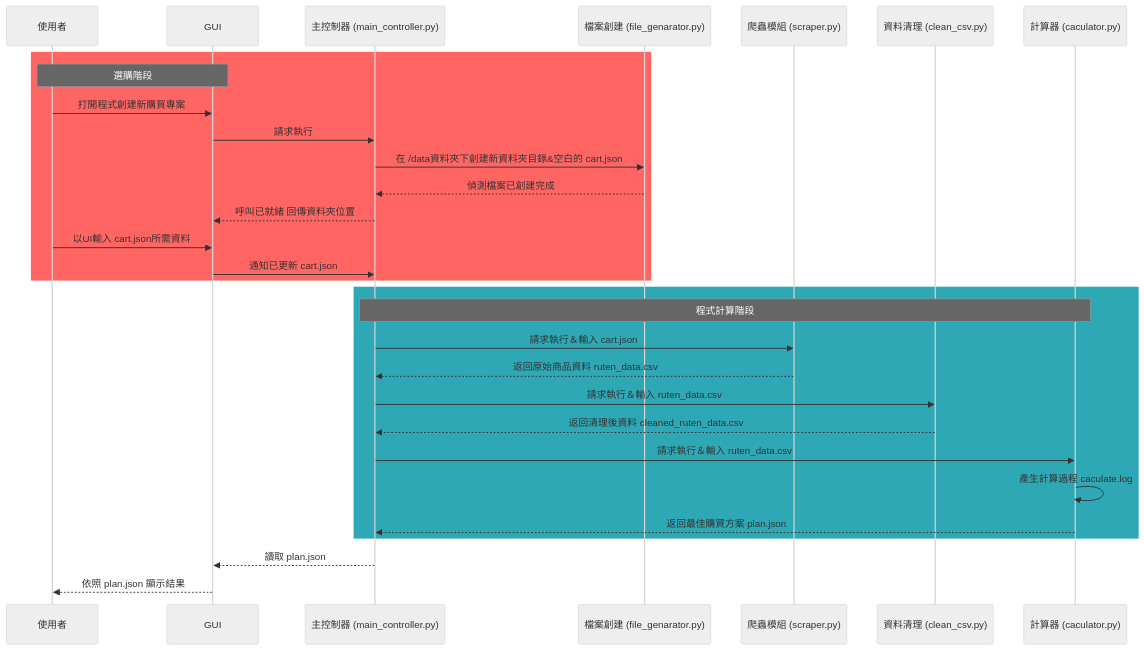
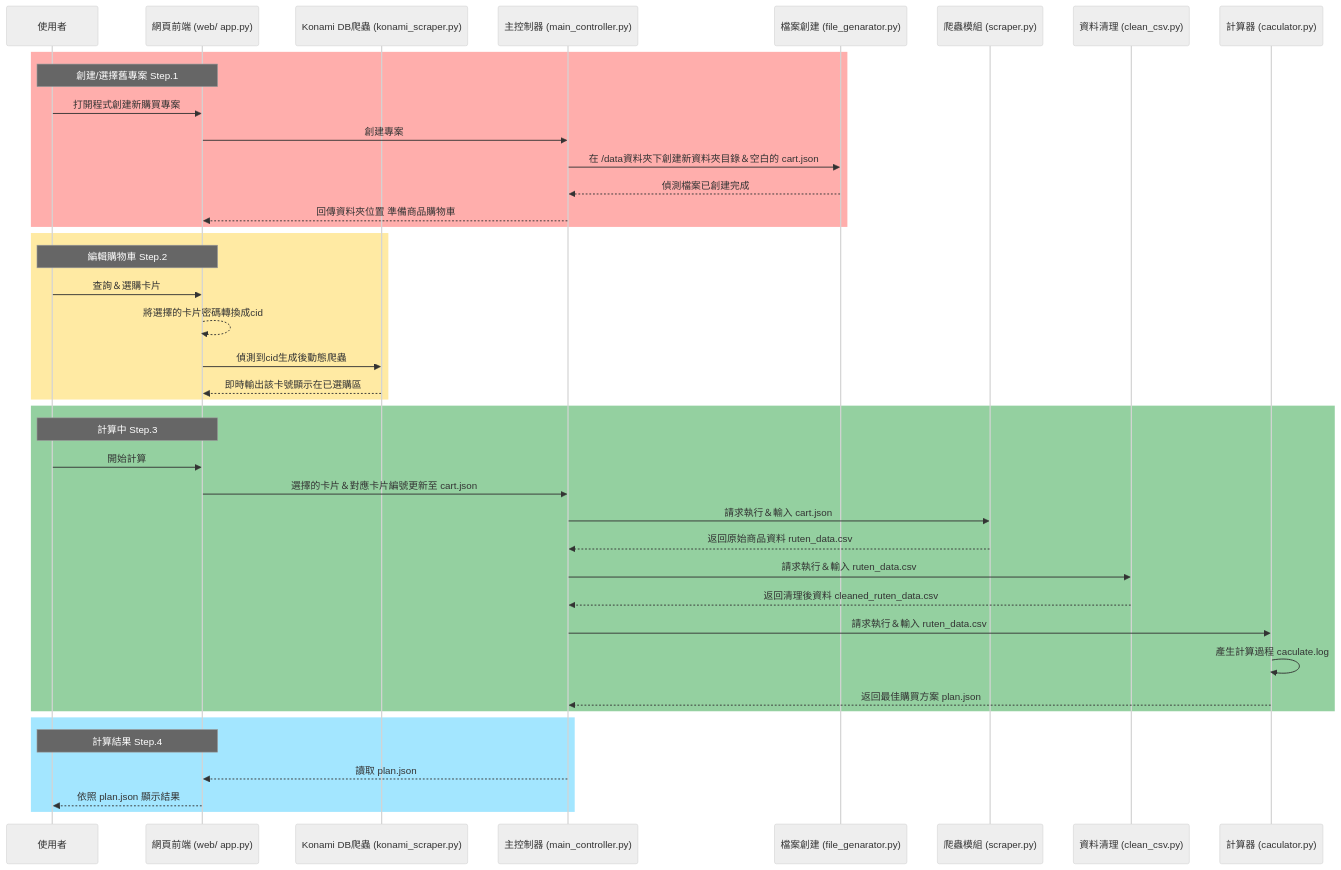
One commit to YuCMochi/YGOscraper changed the first of 2 diagrams in README.md. Above: the diagram before and after it, drawn with Mermaid (neutral theme). The commit also changed other lines of this file, not shown here.

Commit message:
Redefine function names related to Card IDs

````diff
--- a/README.md
+++ b/README.md
@@ -3,40 +3,52 @@
 ```mermaid
 sequenceDiagram
     participant 使用者
-    participant GUI
+    participant 網頁前端 (web/ app.py)
+    participant Konami DB爬蟲 (konami_scraper.py)
     participant 主控制器 (main_controller.py)
     participant 檔案創建 (file_genarator.py)
     participant 爬蟲模組 (scraper.py)
     participant 資料清理 (clean_csv.py)
     participant 計算器 (caculator.py)
 
-    rect rgb(255, 102, 99)
-    note over 使用者,GUI: 選購階段
+    rect rgba(255, 102, 99, 0.53)
+    note over 使用者,網頁前端 (web/ app.py): 創建/選擇舊專案 Step.1
+    使用者->>網頁前端 (web/ app.py): 打開程式創建新購買專案
+    網頁前端 (web/ app.py)->>主控制器 (main_controller.py):創建專案
 
-    使用者->>GUI: 打開程式創建新購買專案
-    GUI->>主控制器 (main_controller.py):請求執行 
-
-    主控制器 (main_controller.py)->>檔案創建 (file_genarator.py): 在 /data資料夾下創建新資料夾目錄&空白的 cart.json
+    主控制器 (main_controller.py)->>檔案創建 (file_genarator.py): 在 /data資料夾下創建新資料夾目錄＆空白的 cart.json
     檔案創建 (file_genarator.py)-->>主控制器 (main_controller.py): 偵測檔案已創建完成
-    主控制器 (main_controller.py)-->>GUI: 呼叫已就緒 回傳資料夾位置
-    使用者->>GUI: 以UI輸入 cart.json所需資料
-    GUI->>主控制器 (main_controller.py): 通知已更新 cart.json
-
+    主控制器 (main_controller.py)-->>網頁前端 (web/ app.py): 回傳資料夾位置 準備商品購物車
     end
 
-    rect rgba(47, 168, 182, 1)
-    note over 主控制器 (main_controller.py),計算器 (caculator.py): 程式計算階段
+    rect rgba(255, 219, 99, 0.59)
+    note over 使用者,網頁前端 (web/ app.py): 編輯購物車 Step.2
+    使用者->>網頁前端 (web/ app.py): 查詢＆選購卡片
+    網頁前端 (web/ app.py)-->>網頁前端 (web/ app.py): 將選擇的卡片密碼轉換成cid
+
+    網頁前端 (web/ app.py)->>Konami DB爬蟲 (konami_scraper.py): 偵測到cid生成後動態爬蟲
+    Konami DB爬蟲 (konami_scraper.py)-->>網頁前端 (web/ app.py): 即時輸出該卡號顯示在已選購區
+    end
+
+    rect rgba(64, 171, 86, 0.56)
+    note over 使用者,網頁前端 (web/ app.py): 計算中 Step.3
+    使用者->>網頁前端 (web/ app.py): 開始計算
+    網頁前端 (web/ app.py)->>主控制器 (main_controller.py): 選擇的卡片＆對應卡片編號更新至 cart.json
+
     主控制器 (main_controller.py)->>爬蟲模組 (scraper.py): 請求執行＆輸入 cart.json
     爬蟲模組 (scraper.py)-->>主控制器 (main_controller.py): 返回原始商品資料 ruten_data.csv
     
     主控制器 (main_controller.py)->>資料清理 (clean_csv.py): 請求執行＆輸入 ruten_data.csv
     資料清理 (clean_csv.py)-->>主控制器 (main_controller.py): 返回清理後資料 cleaned_ruten_data.csv
     
     主控制器 (main_controller.py)->>計算器 (caculator.py): 請求執行＆輸入 ruten_data.csv
     計算器 (caculator.py)->>計算器 (caculator.py): 產生計算過程 caculate.log
     計算器 (caculator.py)-->>主控制器 (main_controller.py): 返回最佳購買方案 plan.json
     end
-
-    主控制器 (main_controller.py)-->>GUI: 讀取 plan.json
-    GUI-->>使用者: 依照 plan.json 顯示結果
+    
+    rect rgba(99, 213, 255, 0.59)
+    note over 使用者,網頁前端 (web/ app.py): 計算結果 Step.4
+    主控制器 (main_controller.py)-->>網頁前端 (web/ app.py): 讀取 plan.json
+    網頁前端 (web/ app.py)-->>使用者: 依照 plan.json 顯示結果
+    end
 ```
````
